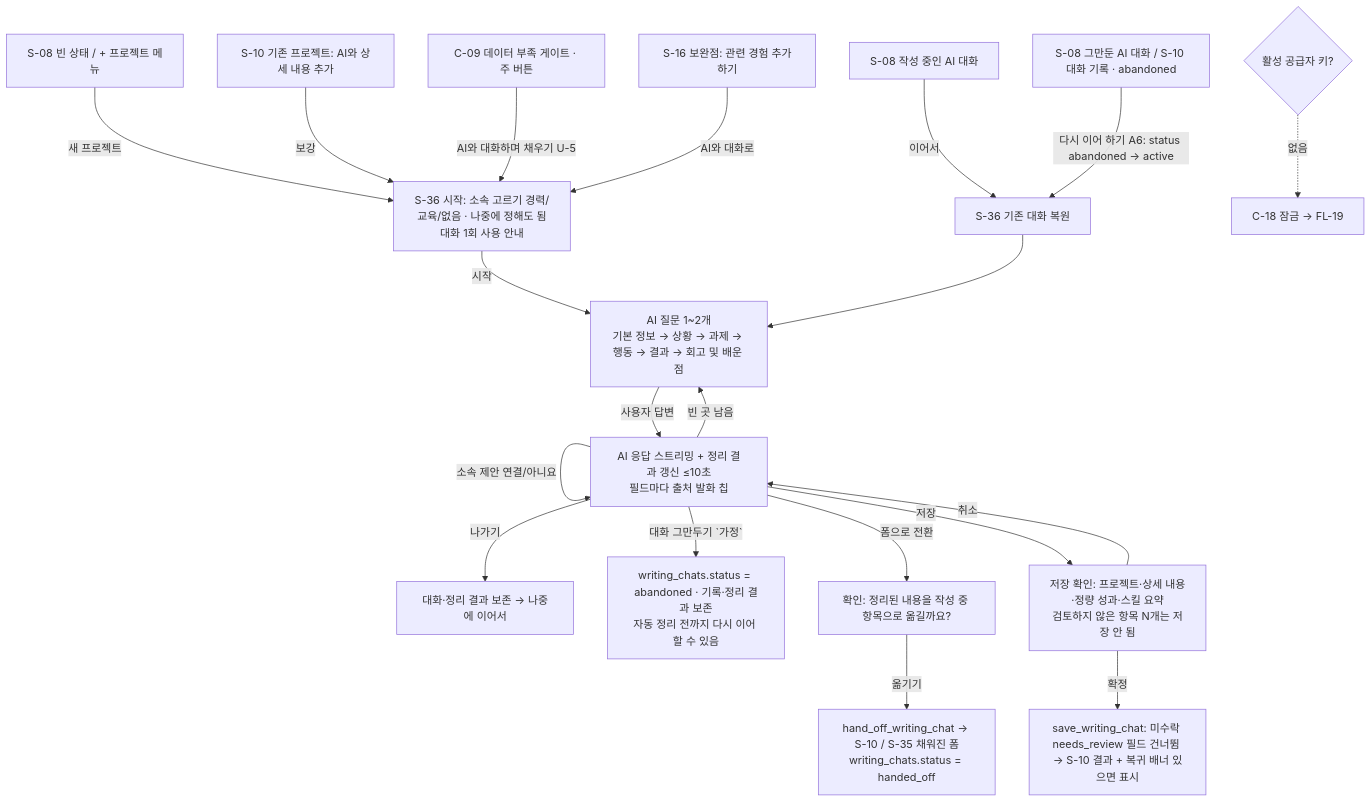
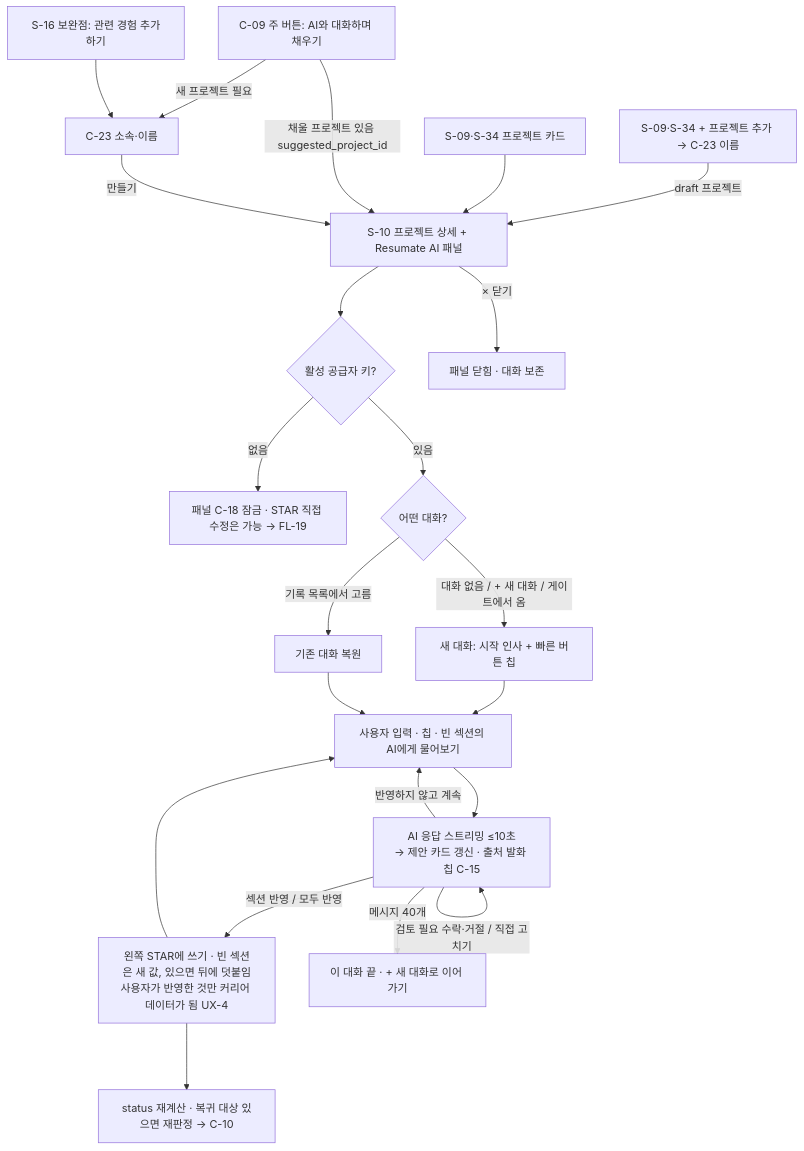
The fourth of 20 diagrams in docs/planning/02-user-flows.md (j-hyunn/resumate), drawn with Mermaid before and after one commit. The commit also changed other lines of this file and 11 other files, not shown here.

````diff
--- a/docs/planning/02-user-flows.md
+++ b/docs/planning/02-user-flows.md
@@ -273,25 +294,24 @@
 ```mermaid
 flowchart TD
-  A1[S-08 빈 상태 / + 프로젝트 메뉴] -->|새 프로젝트| S
-  A2[S-10 기존 프로젝트: AI와 상세 내용 추가] -->|보강| S
-  A3[C-09 데이터 부족 게이트 · 주 버튼] -->|AI와 대화하며 채우기 U-5| S
-  A4[S-16 보완점: 관련 경험 추가하기] -->|AI와 대화로| S
-  A5[S-08 작성 중인 AI 대화] -->|이어서| R[S-36 기존 대화 복원]
-  A6[S-08 그만둔 AI 대화 / S-10 대화 기록 · abandoned] -->|다시 이어 하기 A6: status abandoned → active| R
-  K0{활성 공급자 키?} -.없음.-> LK[C-18 잠금 → FL-19]
-
-  S[S-36 시작: 소속 고르기 경력/교육/없음 · 나중에 정해도 됨<br/>대화 1회 사용 안내] -->|시작| Q[AI 질문 1~2개<br/>기본 정보 → 상황 → 과제 → 행동 → 결과 → 회고 및 배운 점]
+  A1[S-09·S-34 + 프로젝트 추가 → C-23 이름] -->|draft 프로젝트| P
+  A2[S-09·S-34 프로젝트 카드] --> P
+  A3[C-09 주 버튼: AI와 대화하며 채우기] -->|채울 프로젝트 있음 suggested_project_id| P
+  A3 -->|새 프로젝트 필요| C23[C-23 소속·이름]
+  A4[S-16 보완점: 관련 경험 추가하기] --> C23
+  C23 -->|만들기| P
+  P[S-10 프로젝트 상세 + Resumate AI 패널] --> K{활성 공급자 키?}
+  K -->|없음| LK[패널 C-18 잠금 · STAR 직접 수정은 가능 → FL-19]
+  K -->|있음| H{어떤 대화?}
+  H -->|대화 없음 / + 새 대화 / 게이트에서 옴| S[새 대화: 시작 인사 + 빠른 버튼 칩]
+  H -->|기록 목록에서 고름| R[기존 대화 복원]
+  S --> Q[사용자 입력 · 칩 · 빈 섹션의 AI에게 물어보기]
   R --> Q
-  Q -->|사용자 답변| U[AI 응답 스트리밍 + 정리 결과 갱신 ≤10초<br/>필드마다 출처 발화 칩]
-  U -->|빈 곳 남음| Q
-  U -->|사용자가 필드 직접 수정 origin = user_edit| U
-  U -->|검토 필요 필드 수락/거절| U
-  U -->|소속 제안 연결/아니요| U
-  U -->|폼으로 전환| F[확인: 정리된 내용을 작성 중 항목으로 옮길까요?]
-  F -->|옮기기| G[hand_off_writing_chat → S-10 / S-35 채워진 폼<br/>writing_chats.status = handed_off]
-  U -->|저장| V[저장 확인: 프로젝트·상세 내용·정량 성과·스킬 요약<br/>검토하지 않은 항목 N개는 저장 안 됨]
-  V -->|확정| W[save_writing_chat: 미수락 needs_review 필드 건너뜀 → S-10 결과 + 복귀 배너 있으면 표시]
-  V -->|취소| U
-  U -->|나가기| P[대화·정리 결과 보존 → 나중에 이어서]
-  U -->|대화 그만두기 `가정`| AB[writing_chats.status = abandoned · 기록·정리 결과 보존<br/>자동 정리 전까지 다시 이어 할 수 있음]
+  Q --> U[AI 응답 스트리밍 ≤10초<br/>→ 제안 카드 갱신 · 출처 발화 칩 C-15]
+  U -->|섹션 반영 / 모두 반영| W[왼쪽 STAR에 쓰기 · 빈 섹션은 새 값, 있으면 뒤에 덧붙임<br/>사용자가 반영한 것만 커리어 데이터가 됨 UX-4]
+  U -->|검토 필요 수락·거절 / 직접 고치기| U
+  U -->|반영하지 않고 계속| Q
+  W --> RD[status 재계산 · 복귀 대상 있으면 재판정 → C-10]
+  W --> Q
+  U -->|메시지 40개| NN[이 대화 끝 · + 새 대화로 이어 가기]
+  P -->|× 닫기| CL[패널 닫힘 · 대화 보존]
 ```
````
